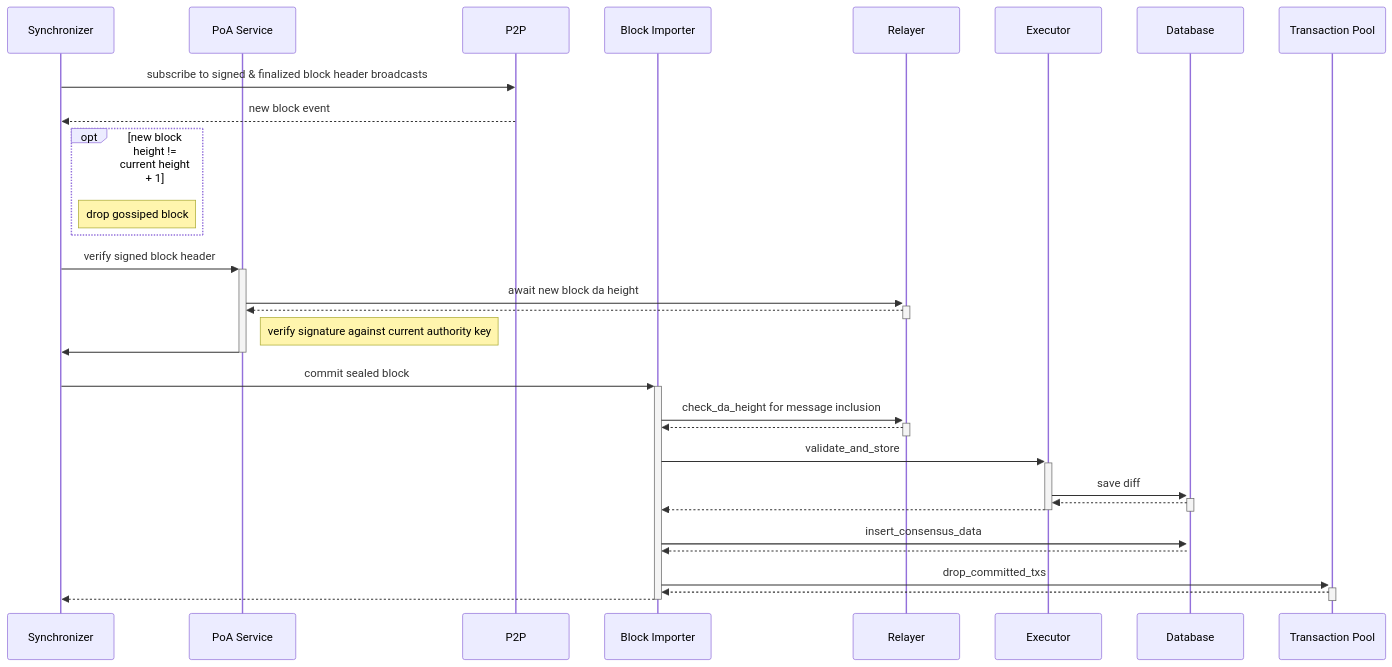
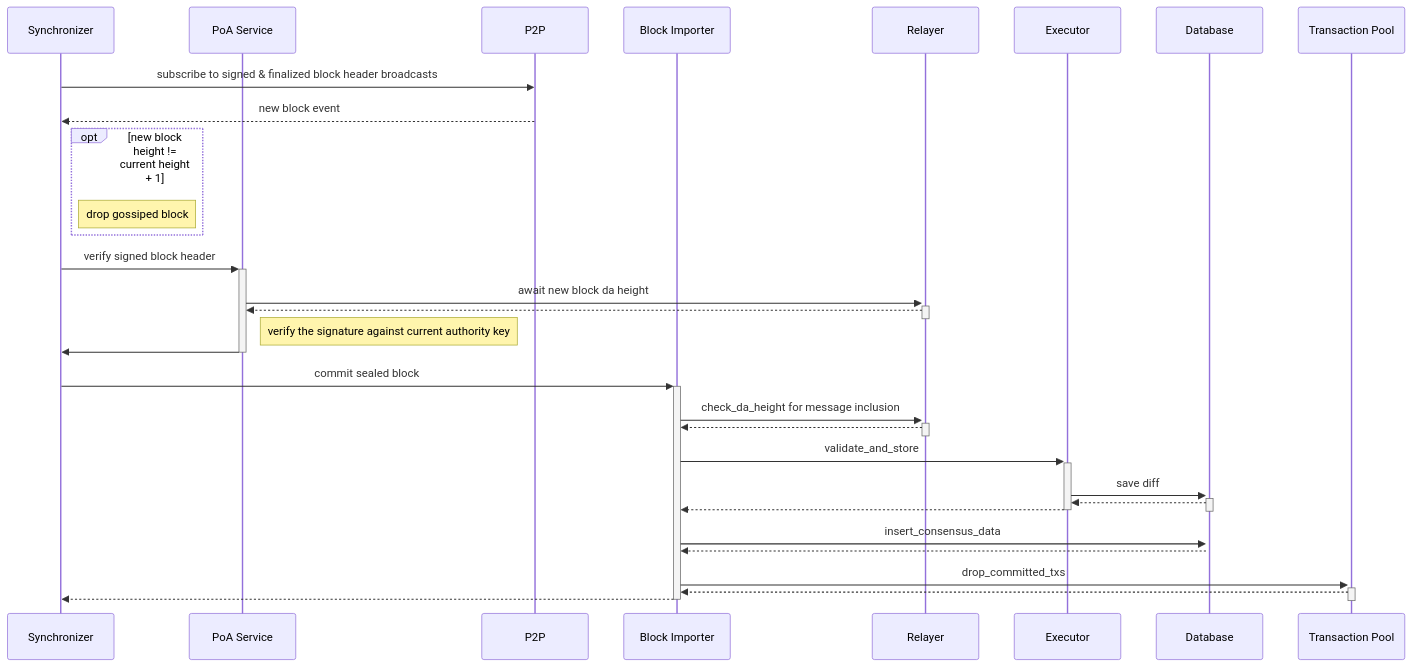
Before and after one commit to FuelLabs/fuel-core: the third of 3 diagrams in docs/poa/flows.md, drawn with Mermaid. The commit also changed other lines of this file, not shown here.

Commit message:
fix typo flows.md

````diff
--- a/docs/poa/flows.md
+++ b/docs/poa/flows.md
@@ -83,34 +83,34 @@
 ```mermaid
 sequenceDiagram
     participant S as Synchronizer
     participant POA as PoA Service
     participant P2P as P2P
     participant BI as Block Importer
     participant R as Relayer
     participant E as Executor
     participant D as Database
     participant TX as Transaction Pool
     
     S->>P2P: subscribe to signed & finalized block header broadcasts
     P2P-->>S: new block event
     opt new block height != current height + 1
     note right of S: drop gossiped block
     end
     S->>+POA: verify signed block header
     POA->>+R: await new block da height
     R-->>-POA: 
-        note right of POA: verify signature against current authority key
+        note right of POA: verify the signature against current authority key
     POA->>-S: 
     S->>+BI: commit sealed block
     BI->>+R: check_da_height for message inclusion
     R-->>-BI: 
     BI->>+E: validate_and_store 
     E->>+D: save diff
     D-->>-E: 
     E-->>-BI: 
     BI->>+D: insert_consensus_data
     D-->>BI: 
     BI->>+TX: drop_committed_txs
     TX-->>-BI: 
     BI-->>-S: 
 ```
````
